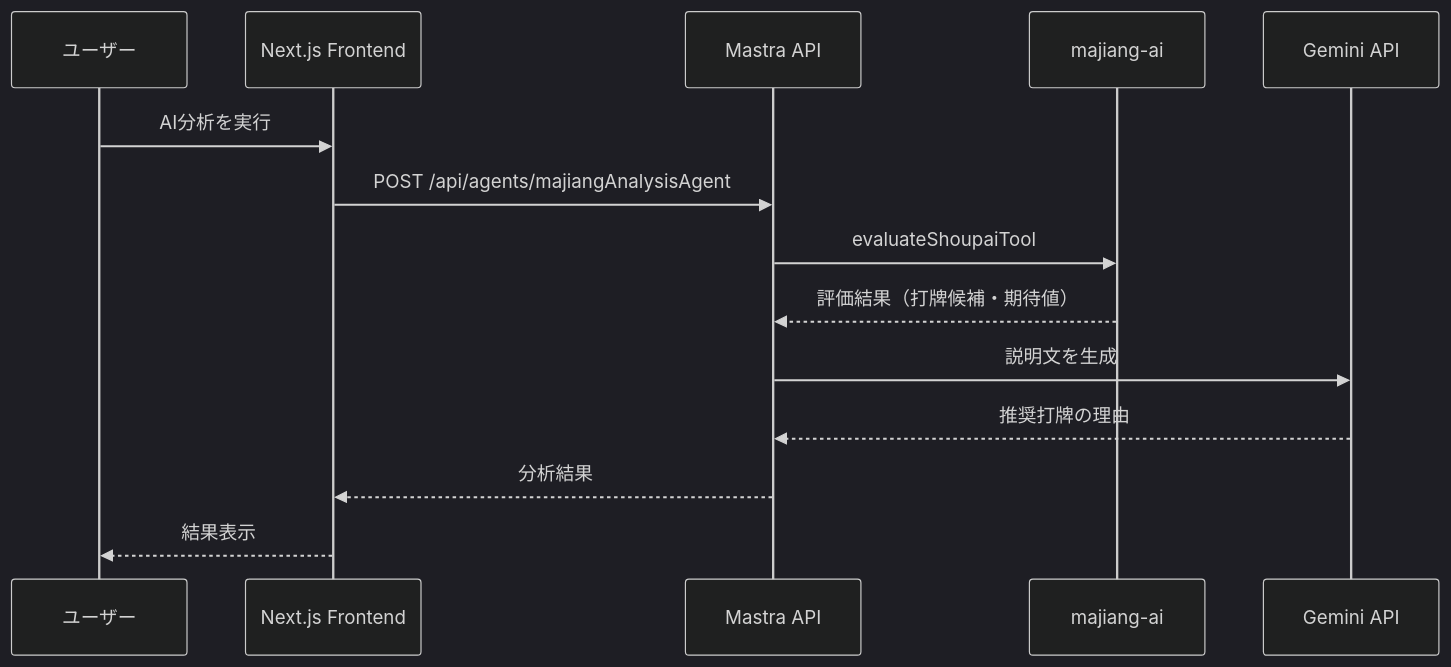
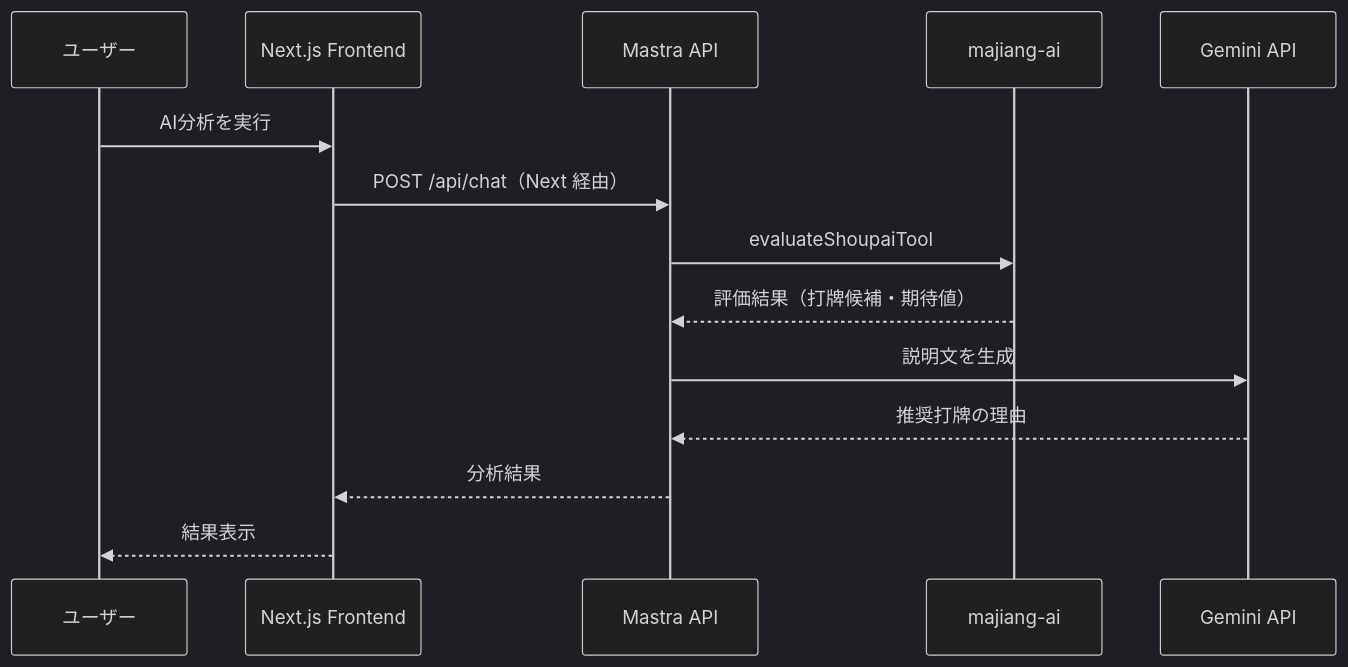
The fourth of 4 diagrams in docs/image-to-paipu-design.md (kazuki1023/majiang-ai-beta), drawn with Mermaid (dark theme) before and after one commit. The commit also changed other lines of this file and 8 other files, not shown here.

````diff
--- a/docs/image-to-paipu-design.md
+++ b/docs/image-to-paipu-design.md
@@ -108,17 +108,17 @@
 ```mermaid
 sequenceDiagram
     participant User as ユーザー
     participant UI as Next.js Frontend
     participant API as Mastra API
     participant Lib as majiang-ai
     participant Gemini as Gemini API
 
     User->>UI: AI分析を実行
-    UI->>API: POST /api/agents/majiangAnalysisAgent
+    UI->>API: POST /api/chat（Next 経由）
     API->>Lib: evaluateShoupaiTool
     Lib-->>API: 評価結果（打牌候補・期待値）
     API->>Gemini: 説明文を生成
     Gemini-->>API: 推奨打牌の理由
     API-->>UI: 分析結果
     UI-->>User: 結果表示
 ```
````
